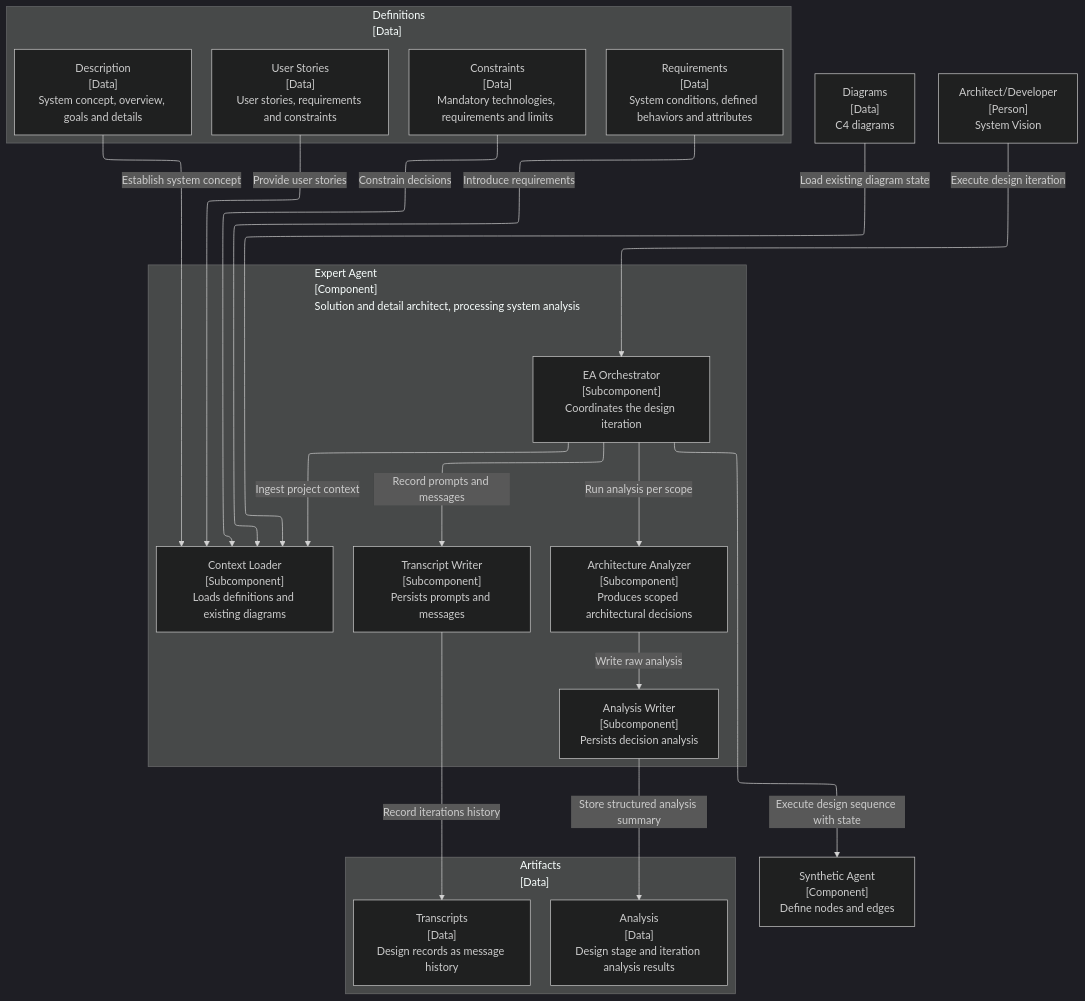
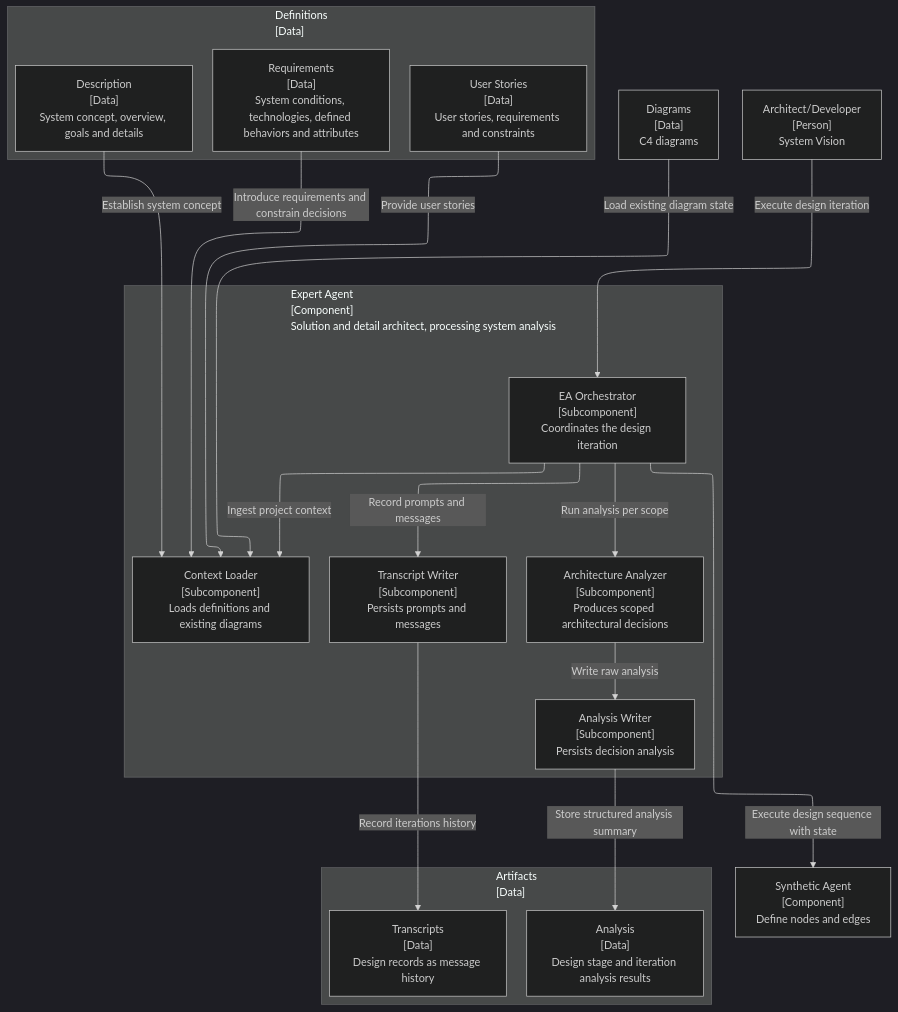
Before and after one commit to kompotkot/archon: the diagram in docs/diagrams/components/cmpt-expert-agent.mermaid, drawn with Mermaid. The commit also changed 4 other files, not shown here.

```diff
--- a/docs/diagrams/components/cmpt-expert-agent.mermaid
+++ b/docs/diagrams/components/cmpt-expert-agent.mermaid
@@ -1,37 +1,35 @@
 ---
 config:
   theme: dark
   layout: elk
 ---
 flowchart TB
  subgraph definitions["Definitions<br>[Data]"]
         defs_desc["Description<br>[Data]<br>System concept, overview, goals and details"]
-        defs_cons["Constraints<br>[Data]<br>Mandatory technologies, requirements and limits"]
-        defs_req["Requirements<br>[Data]<br>System conditions, defined behaviors and attributes"]
+        defs_req["Requirements<br>[Data]<br>System conditions, technologies, defined behaviors and attributes"]
         defs_us["User Stories<br>[Data]<br>User stories, requirements and constraints"]
   end
  diagrams["Diagrams<br>[Data]<br>C4 diagrams"]
  subgraph artifacts["Artifacts<br>[Data]"]
         artf_transcript["Transcripts<br>[Data]<br>Design records as message history"]
         artf_analysis["Analysis<br>[Data]<br>Design stage and iteration analysis results"]
   end
  subgraph expert_agent["Expert Agent<br>[Component]<br>Solution and detail architect, processing system analysis"]
         ea_orchestrator["EA Orchestrator<br>[Subcomponent]<br>Coordinates the design iteration"]
         ea_context_loader["Context Loader<br>[Subcomponent]<br>Loads definitions and existing diagrams"]
         ea_arch_analyzer["Architecture Analyzer<br>[Subcomponent]<br>Produces scoped architectural decisions"]
         ea_analysis_writer["Analysis Writer<br>[Subcomponent]<br>Persists decision analysis"]
         ea_transcript_writer["Transcript Writer<br>[Subcomponent]<br>Persists prompts and messages"]
   end
     ea_orchestrator -- Ingest project context --> ea_context_loader
     ea_orchestrator -- Run analysis per scope --> ea_arch_analyzer
     ea_arch_analyzer -- Write raw analysis --> ea_analysis_writer
     ea_orchestrator -- Record prompts and messages --> ea_transcript_writer
     architect["Architect/Developer<br>[Person]<br>System Vision"] -- Execute design iteration --> ea_orchestrator
     defs_desc -- Establish system concept --> ea_context_loader
-    defs_cons -- Constrain decisions --> ea_context_loader
-    defs_req -- Introduce requirements --> ea_context_loader
+    defs_req -- Introduce requirements and constrain decisions --> ea_context_loader
     defs_us -- Provide user stories --> ea_context_loader
     diagrams -- Load existing diagram state --> ea_context_loader
     ea_analysis_writer -- Store structured analysis summary --> artf_analysis
     ea_transcript_writer -- Record iterations history --> artf_transcript
     ea_orchestrator -- Execute design sequence with state --> synth_agent["Synthetic Agent<br>[Component]<br>Define nodes and edges"]
```
